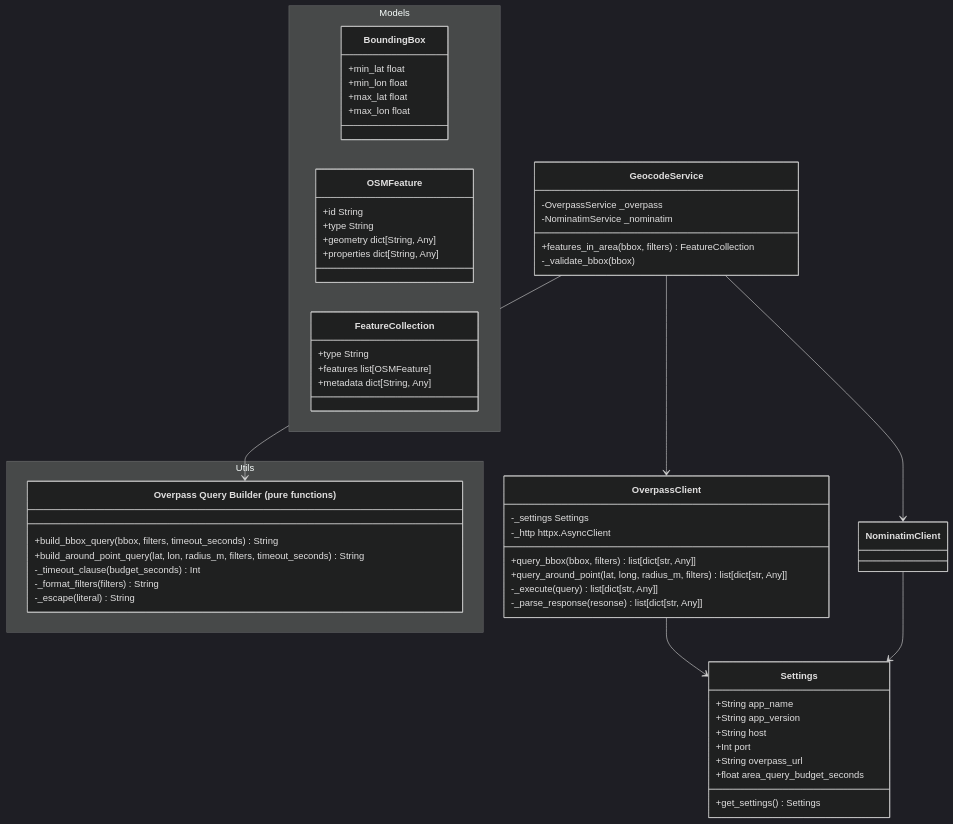
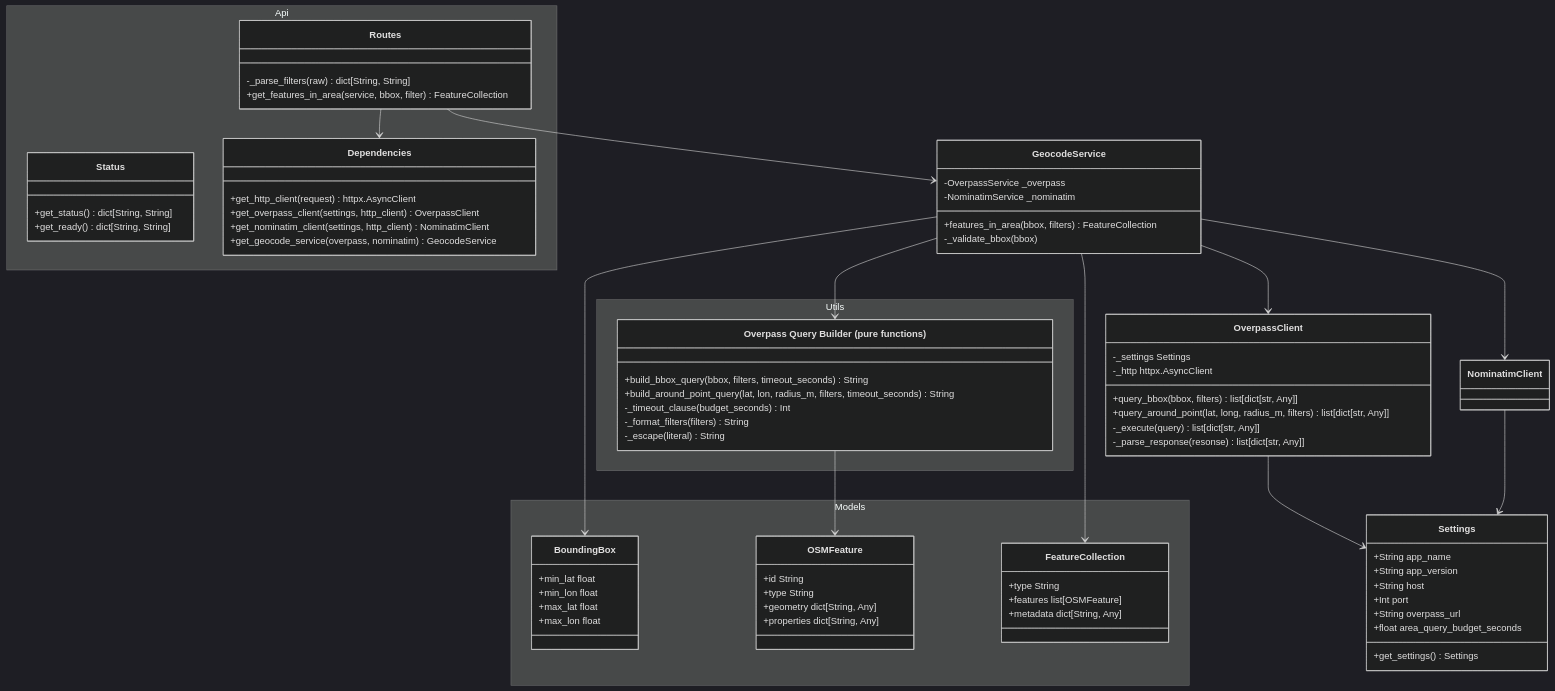
Before and after one commit to kirandesimone/microgeo: the diagram in README.md, drawn with Mermaid (dark theme). The commit also changed 13 other files, not shown here.

First line of the commit message:
Add GET /v1/features/area - Overpass-backed area query (#9)

````diff
--- a/README.md
+++ b/README.md
@@ -60,6 +60,22 @@
         -NominatimService _nominatim
         +features_in_area(bbox, filters) FeatureCollection
         -_validate_bbox(bbox)
+    }
+    namespace Api {
+        class Routes {
+            -_parse_filters(raw) dict[String, String]
+            +get_features_in_area(service, bbox, filter) FeatureCollection
+        }
+        class Status {
+            +get_status() dict[String, String]
+            +get_ready() dict[String, String]
+        }
+        class Dependencies {
+            +get_http_client(request) httpx.AsyncClient
+            +get_overpass_client(settings, http_client) OverpassClient
+            +get_nominatim_client(settings, http_client) NominatimClient
+            +get_geocode_service(overpass, nominatim) GeocodeService
+        }
     }
     namespace Utils {
         class Overpass_Query_Builder["Overpass Query Builder (pure functions)"] {
@@ -90,9 +106,18 @@
         }
     }
     
+    GeocodeService --> BoundingBox
+    GeocodeService --> FeatureCollection
     GeocodeService --> OverpassClient
     GeocodeService --> NominatimClient
     GeocodeService --> Overpass_Query_Builder
+    
     OverpassClient --> Settings
+    
     NominatimClient --> Settings
+    
+    Overpass_Query_Builder --> OSMFeature
+    
+    Routes --> Dependencies
+    Routes --> GeocodeService
 ```
````
